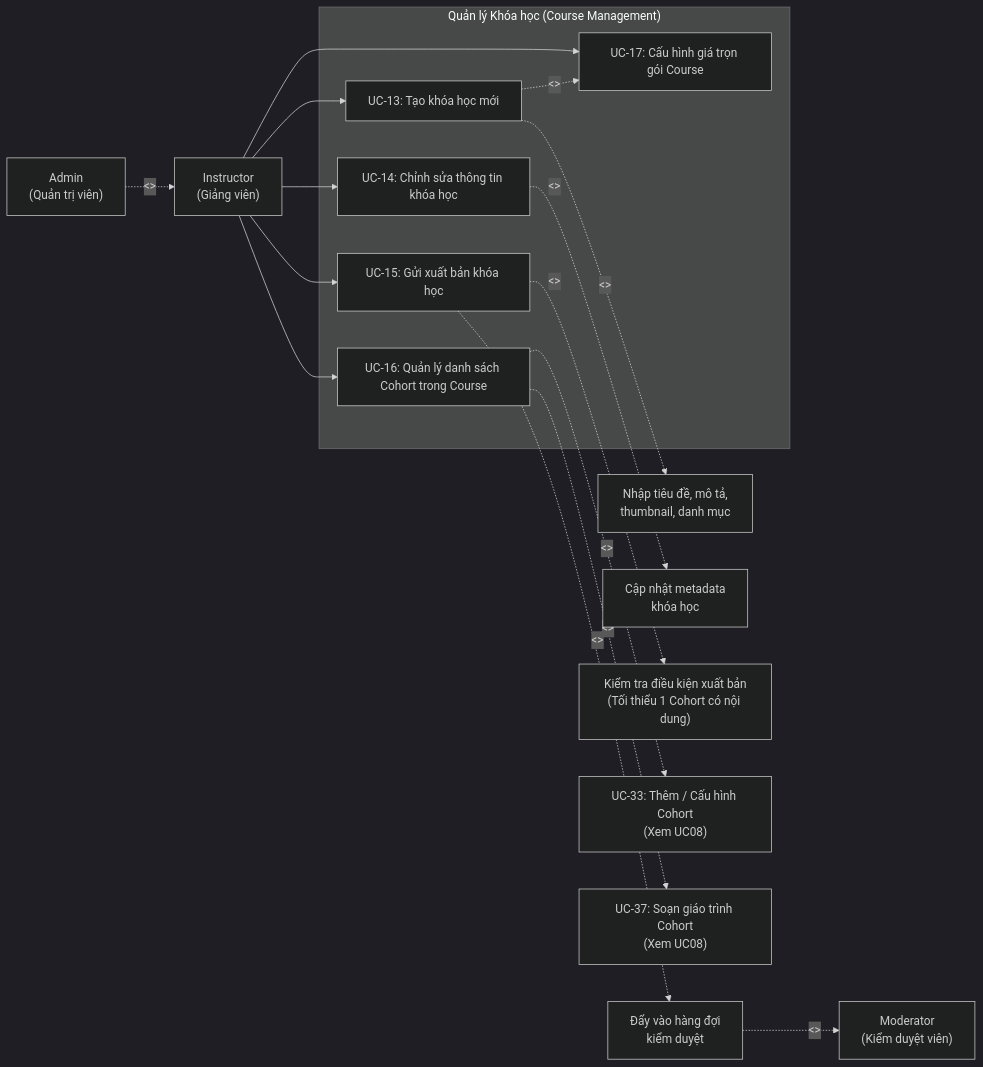
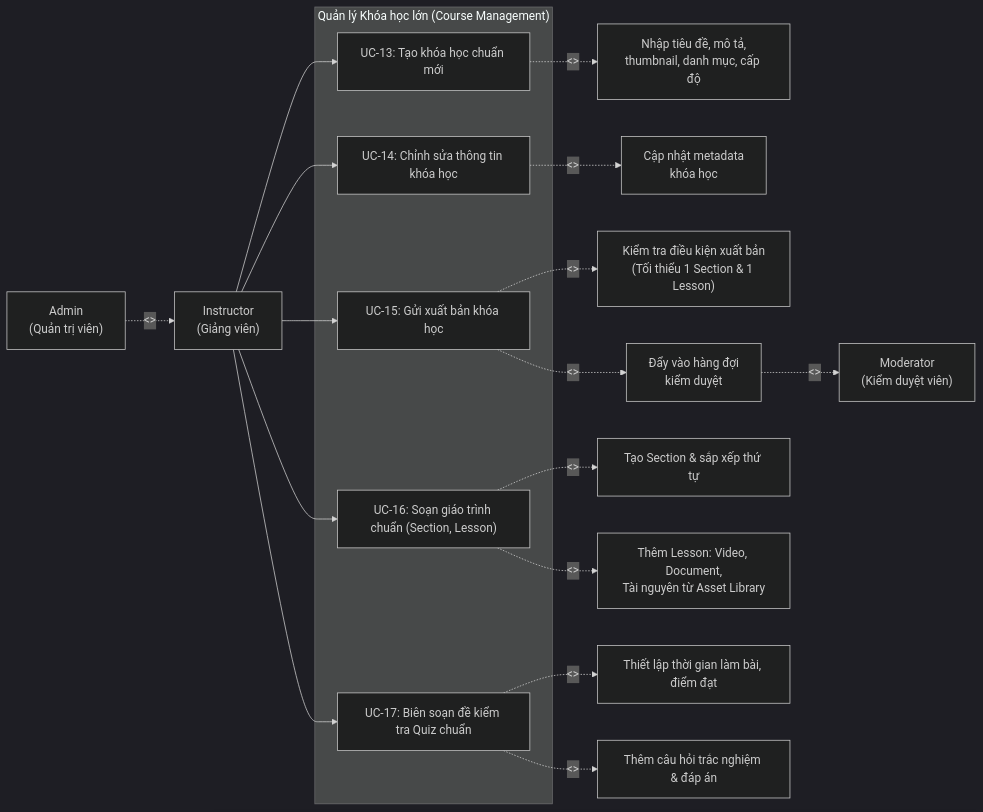
Before and after one commit to TienNguyen23-12/utelearn-platform: the second of 2 diagrams in utelearn/docs/usecases/UC03_QuanLyKhoaHoc.md, drawn with Mermaid (dark theme). The commit also changed other lines of this file and 17 other files, not shown here.

Commit message:
feat(cohort): support individual cohort and full course enrollment

````diff
--- a/utelearn/docs/usecases/UC03_QuanLyKhoaHoc.md
+++ b/utelearn/docs/usecases/UC03_QuanLyKhoaHoc.md
@@ -35,32 +45,33 @@
 ```mermaid
 graph LR
     Instructor["Instructor<br/>(Giảng viên)"]
     Admin["Admin<br/>(Quản trị viên)"]
     Moderator["Moderator<br/>(Kiểm duyệt viên)"]
 
-    subgraph UC_Course["Quản lý Khóa học (Course Management)"]
-        UC13["UC-13: Tạo khóa học mới"]
+    subgraph UC_Course["Quản lý Khóa học lớn (Course Management)"]
+        UC13["UC-13: Tạo khóa học chuẩn mới"]
         UC14["UC-14: Chỉnh sửa thông tin khóa học"]
         UC15["UC-15: Gửi xuất bản khóa học"]
-        UC16["UC-16: Quản lý danh sách Cohort trong Course"]
-        UC17["UC-17: Cấu hình giá trọn gói Course"]
+        UC16["UC-16: Soạn giáo trình chuẩn (Section, Lesson)"]
+        UC17["UC-17: Biên soạn đề kiểm tra Quiz chuẩn"]
     end
 
     Instructor --> UC13
     Instructor --> UC14
     Instructor --> UC15
     Instructor --> UC16
     Instructor --> UC17
 
     Admin -.->|"<<inherits>>"| Instructor
 
-    UC13 -.->|"<<includes>>"| UC13a["Nhập tiêu đề, mô tả,<br/>thumbnail, danh mục"]
-    UC13 -.->|"<<includes>>"| UC17
+    UC13 -.->|"<<includes>>"| UC13a["Nhập tiêu đề, mô tả,<br/>thumbnail, danh mục, cấp độ"]
     UC14 -.->|"<<includes>>"| UC14a["Cập nhật metadata<br/>khóa học"]
-    UC15 -.->|"<<includes>>"| UC15a["Kiểm tra điều kiện xuất bản<br/>(Tối thiểu 1 Cohort có nội dung)"]
+    UC15 -.->|"<<includes>>"| UC15a["Kiểm tra điều kiện xuất bản<br/>(Tối thiểu 1 Section & 1 Lesson)"]
     UC15 -.->|"<<triggers>>"| ReviewQueue["Đẩy vào hàng đợi<br/>kiểm duyệt"]
     ReviewQueue -.->|"<<notifies>>"| Moderator
 
-    UC16 -.->|"<<links to>>"| UC33["UC-33: Thêm / Cấu hình Cohort<br/>(Xem UC08)"]
-    UC16 -.->|"<<links to>>"| UC37["UC-37: Soạn giáo trình Cohort<br/>(Xem UC08)"]
+    UC16 -.->|"<<includes>>"| UC16a["Tạo Section & sắp xếp thứ tự"]
+    UC16 -.->|"<<includes>>"| UC16b["Thêm Lesson: Video, Document,<br/>Tài nguyên từ Asset Library"]
+    UC17 -.->|"<<includes>>"| UC17a["Thiết lập thời gian làm bài, điểm đạt"]
+    UC17 -.->|"<<includes>>"| UC17b["Thêm câu hỏi trắc nghiệm & đáp án"]
 ```
````
